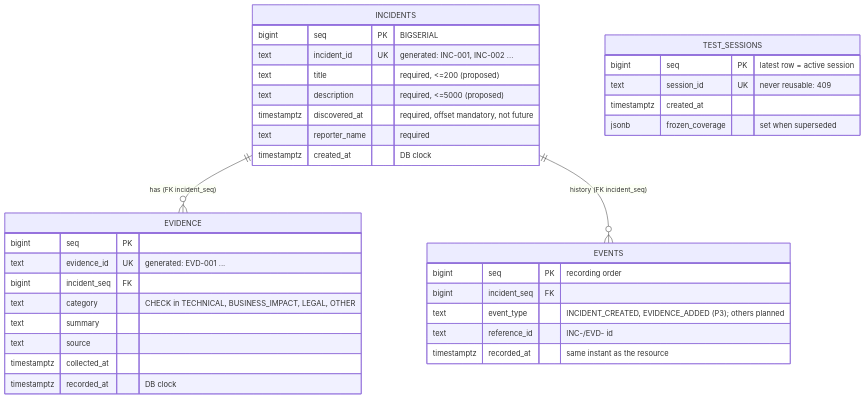
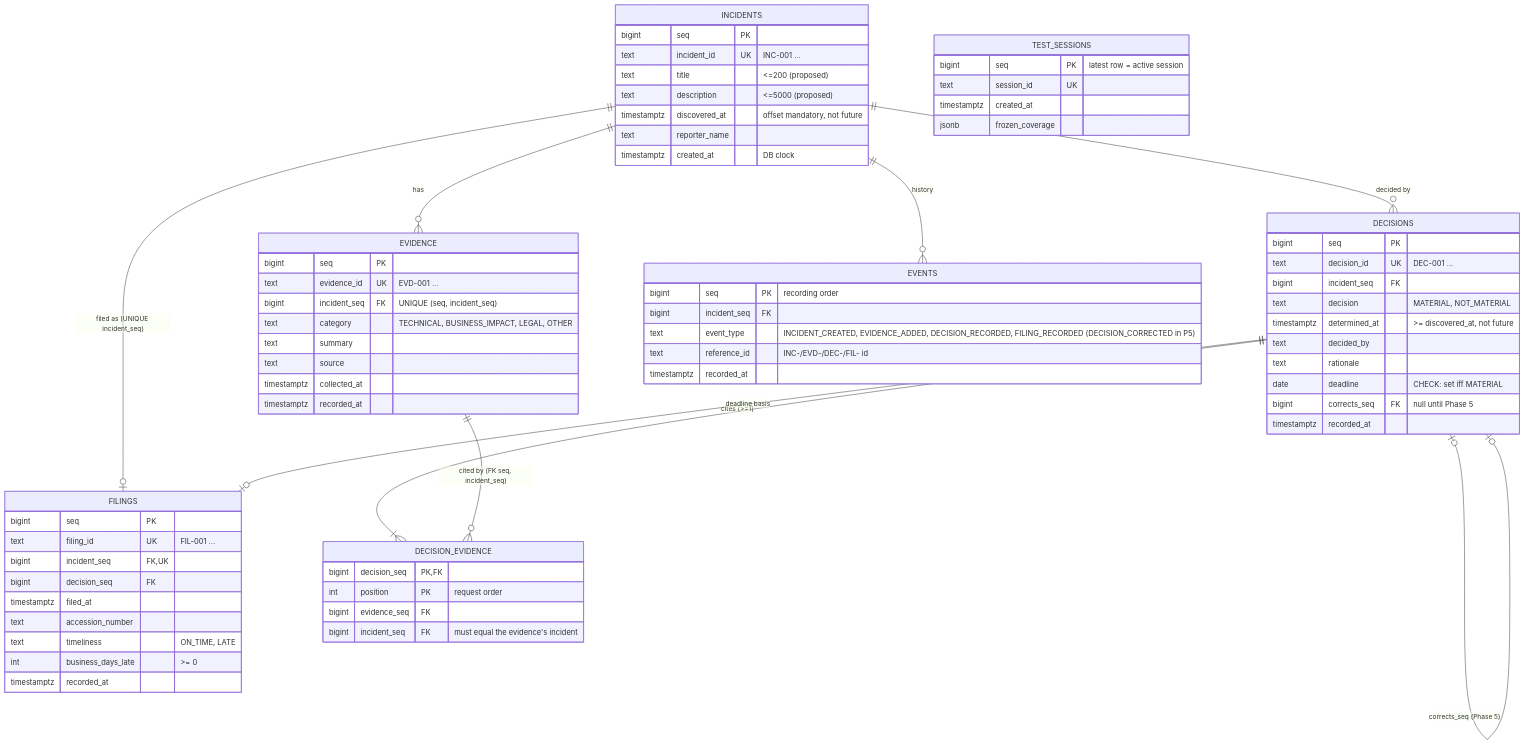
Before and after one commit to saachikayadav/incident-clock: the fourth of 6 diagrams in docs/models.md, drawn with Mermaid. The commit also changed other lines of this file and 26 other files, not shown here.

Commit message:
Phase 4: decisions, state rules, deadline calculator, deadline status, filing

````diff
--- a/docs/models.md
+++ b/docs/models.md
@@ -138,38 +148,73 @@
 ```mermaid
 erDiagram
-  INCIDENTS ||--o{ EVIDENCE : "has (FK incident_seq)"
-  TEST_SESSIONS {
-    bigint seq PK "latest row = active session"
-    text session_id UK "never reusable: 409"
-    timestamptz created_at
-    jsonb frozen_coverage "set when superseded"
-  }
-  INCIDENTS ||--o{ EVENTS : "history (FK incident_seq)"
+  INCIDENTS ||--o{ EVIDENCE : "has"
+  INCIDENTS ||--o{ DECISIONS : "decided by"
+  INCIDENTS ||--o| FILINGS : "filed as (UNIQUE incident_seq)"
+  INCIDENTS ||--o{ EVENTS : "history"
+  DECISIONS ||--|{ DECISION_EVIDENCE : "cites (>=1)"
+  EVIDENCE ||--o{ DECISION_EVIDENCE : "cited by (FK seq, incident_seq)"
+  DECISIONS ||--o| FILINGS : "deadline basis"
+  DECISIONS |o--o| DECISIONS : "corrects_seq (Phase 5)"
 
   INCIDENTS {
-    bigint seq PK "BIGSERIAL"
-    text incident_id UK "generated: INC-001, INC-002 ..."
-    text title "required, <=200 (proposed)"
-    text description "required, <=5000 (proposed)"
-    timestamptz discovered_at "required, offset mandatory, not future"
-    text reporter_name "required"
+    bigint seq PK
+    text incident_id UK "INC-001 ..."
+    text title "<=200 (proposed)"
+    text description "<=5000 (proposed)"
+    timestamptz discovered_at "offset mandatory, not future"
+    text reporter_name
     timestamptz created_at "DB clock"
   }
   EVIDENCE {
     bigint seq PK
-    text evidence_id UK "generated: EVD-001 ..."
-    bigint incident_seq FK
-    text category "CHECK in TECHNICAL, BUSINESS_IMPACT, LEGAL, OTHER"
+    text evidence_id UK "EVD-001 ..."
+    bigint incident_seq FK "UNIQUE (seq, incident_seq)"
+    text category "TECHNICAL, BUSINESS_IMPACT, LEGAL, OTHER"
     text summary
     text source
     timestamptz collected_at
-    timestamptz recorded_at "DB clock"
+    timestamptz recorded_at
+  }
+  DECISIONS {
+    bigint seq PK
+    text decision_id UK "DEC-001 ..."
+    bigint incident_seq FK
+    text decision "MATERIAL, NOT_MATERIAL"
+    timestamptz determined_at ">= discovered_at, not future"
+    text decided_by
+    text rationale
+    date deadline "CHECK: set iff MATERIAL"
+    bigint corrects_seq FK "null until Phase 5"
+    timestamptz recorded_at
+  }
+  DECISION_EVIDENCE {
+    bigint decision_seq PK,FK
+    int position PK "request order"
+    bigint evidence_seq FK
+    bigint incident_seq FK "must equal the evidence's incident"
+  }
+  FILINGS {
+    bigint seq PK
+    text filing_id UK "FIL-001 ..."
+    bigint incident_seq FK,UK
+    bigint decision_seq FK
+    timestamptz filed_at
+    text accession_number
+    text timeliness "ON_TIME, LATE"
+    int business_days_late ">= 0"
+    timestamptz recorded_at
   }
   EVENTS {
     bigint seq PK "recording order"
     bigint incident_seq FK
-    text event_type "INCIDENT_CREATED, EVIDENCE_ADDED (P3); others planned"
-    text reference_id "INC-/EVD- id"
-    timestamptz recorded_at "same instant as the resource"
+    text event_type "INCIDENT_CREATED, EVIDENCE_ADDED, DECISION_RECORDED, FILING_RECORDED (DECISION_CORRECTED in P5)"
+    text reference_id "INC-/EVD-/DEC-/FIL- id"
+    timestamptz recorded_at
+  }
+  TEST_SESSIONS {
+    bigint seq PK "latest row = active session"
+    text session_id UK
+    timestamptz created_at
+    jsonb frozen_coverage
   }
 ```
````
